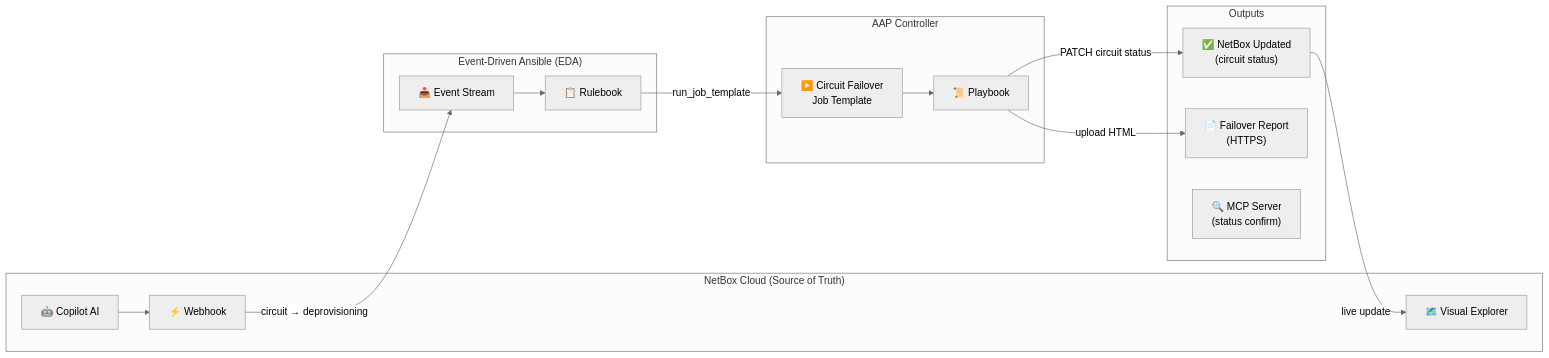
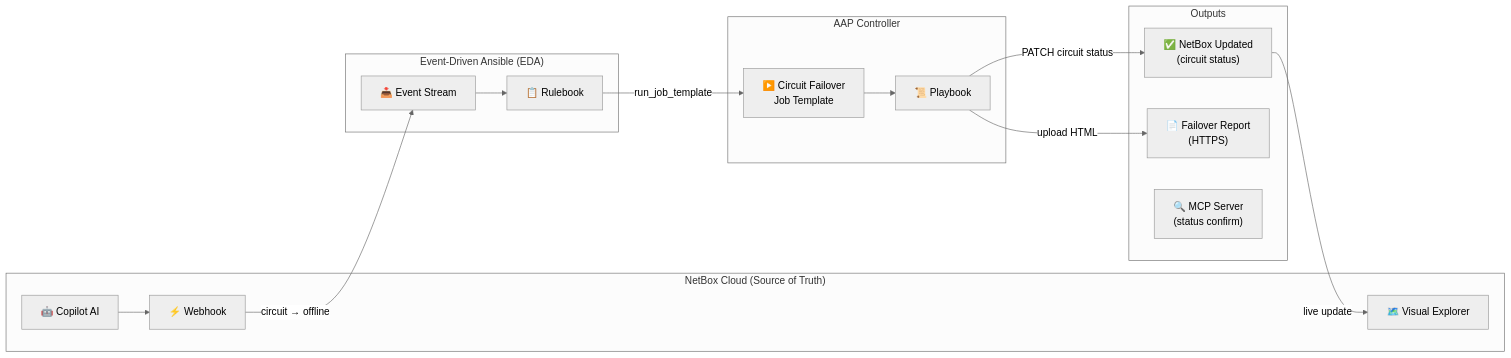
The diagram in slides/architecture.mmd (my0373/summit-netbox-circuits-demo), drawn with Mermaid (neutral theme) before and after one commit. The commit also changed 12 other files, not shown here.

First line of the commit message:
Change failover trigger status from deprovisioning to offline

```diff
--- a/slides/architecture.mmd
+++ b/slides/architecture.mmd
@@ -1,31 +1,31 @@
 flowchart LR
     subgraph NB["NetBox Cloud (Source of Truth)"]
         COP["🤖 Copilot AI"]
         VE["🗺️ Visual Explorer"]
         WH["⚡ Webhook"]
         COP --> WH
     end
 
     subgraph EDA["Event-Driven Ansible (EDA)"]
         ES["📥 Event Stream"]
         RB["📋 Rulebook"]
         ES --> RB
     end
 
     subgraph CTRL["AAP Controller"]
         JT["▶️ Circuit Failover\nJob Template"]
         PB["📜 Playbook"]
         JT --> PB
     end
 
     subgraph OUT["Outputs"]
         NB2["✅ NetBox Updated\n(circuit status)"]
         RPT["📄 Failover Report\n(HTTPS)"]
         MCP["🔍 MCP Server\n(status confirm)"]
     end
 
-    WH -->|"circuit → deprovisioning"| ES
+    WH -->|"circuit → offline"| ES
     RB -->|"run_job_template"| JT
     PB -->|"PATCH circuit status"| NB2
     PB -->|"upload HTML"| RPT
     NB2 -->|"live update"| VE
```
